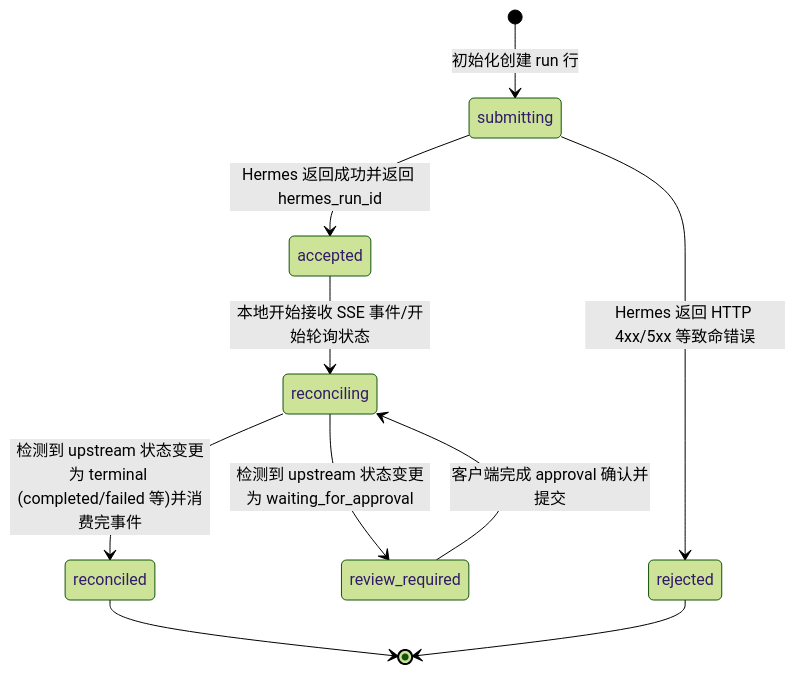
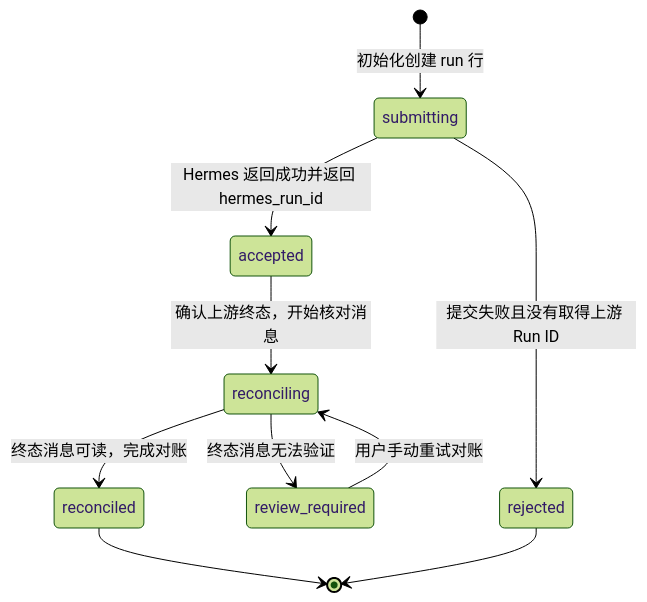
The second of 3 diagrams in docs/03-state-machines.md (ermu03/emu-chat), drawn with Mermaid (forest theme) before and after one commit. The commit also changed other lines of this file and 13 other files, not shown here.

````diff
--- a/docs/03-state-machines.md
+++ b/docs/03-state-machines.md
@@ -41,17 +37,17 @@
 ```mermaid
 stateDiagram-v2
     [*] --> submitting : 初始化创建 run 行
     
     submitting --> accepted : Hermes 返回成功并返回 hermes_run_id
-    submitting --> rejected : Hermes 返回 HTTP 4xx/5xx 等致命错误
+    submitting --> rejected : 提交失败且没有取得上游 Run ID
     
-    accepted --> reconciling : 本地开始接收 SSE 事件/开始轮询状态
+    accepted --> reconciling : 确认上游终态，开始核对消息
     
-    reconciling --> review_required : 检测到 upstream 状态变更为 waiting_for_approval
-    reconciling --> reconciled : 检测到 upstream 状态变更为 terminal (completed/failed 等)并消费完事件
+    reconciling --> review_required : 终态消息无法验证
+    reconciling --> reconciled : 终态消息可读，完成对账
     
-    review_required --> reconciling : 客户端完成 approval 确认并提交
+    review_required --> reconciling : 用户手动重试对账
     
     reconciled --> [*]
     rejected --> [*]
 ```
````
